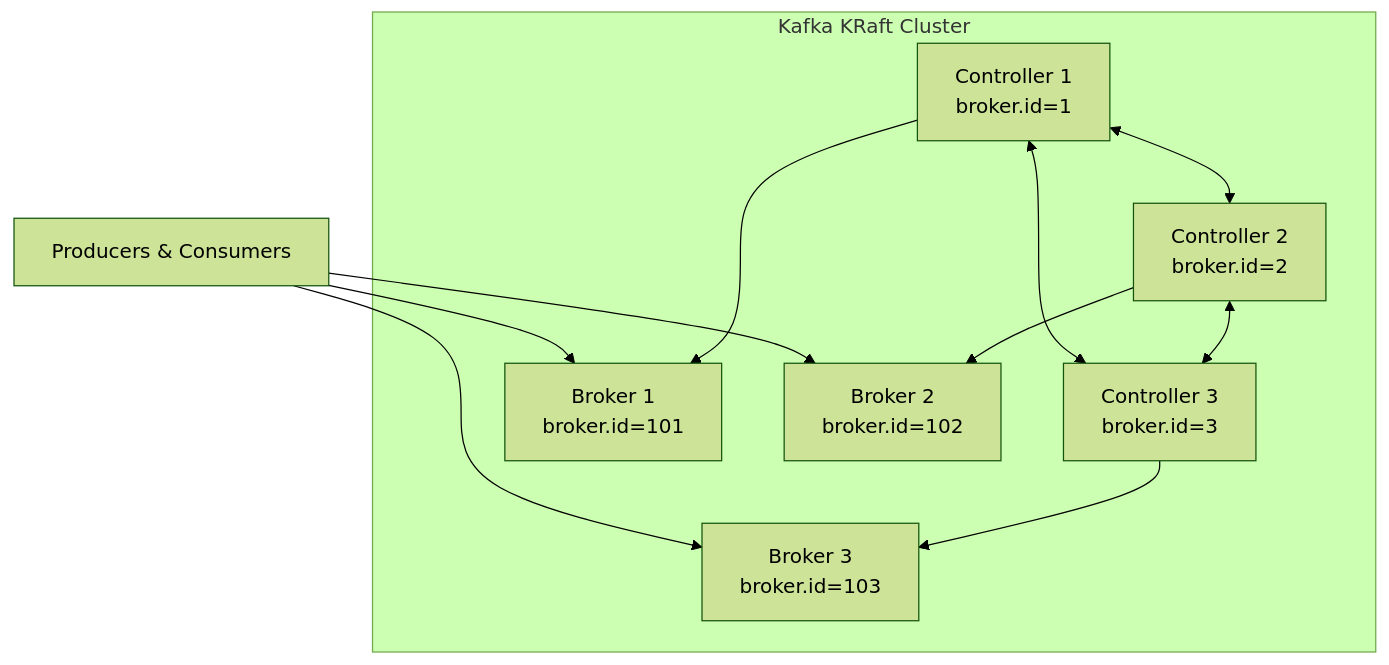
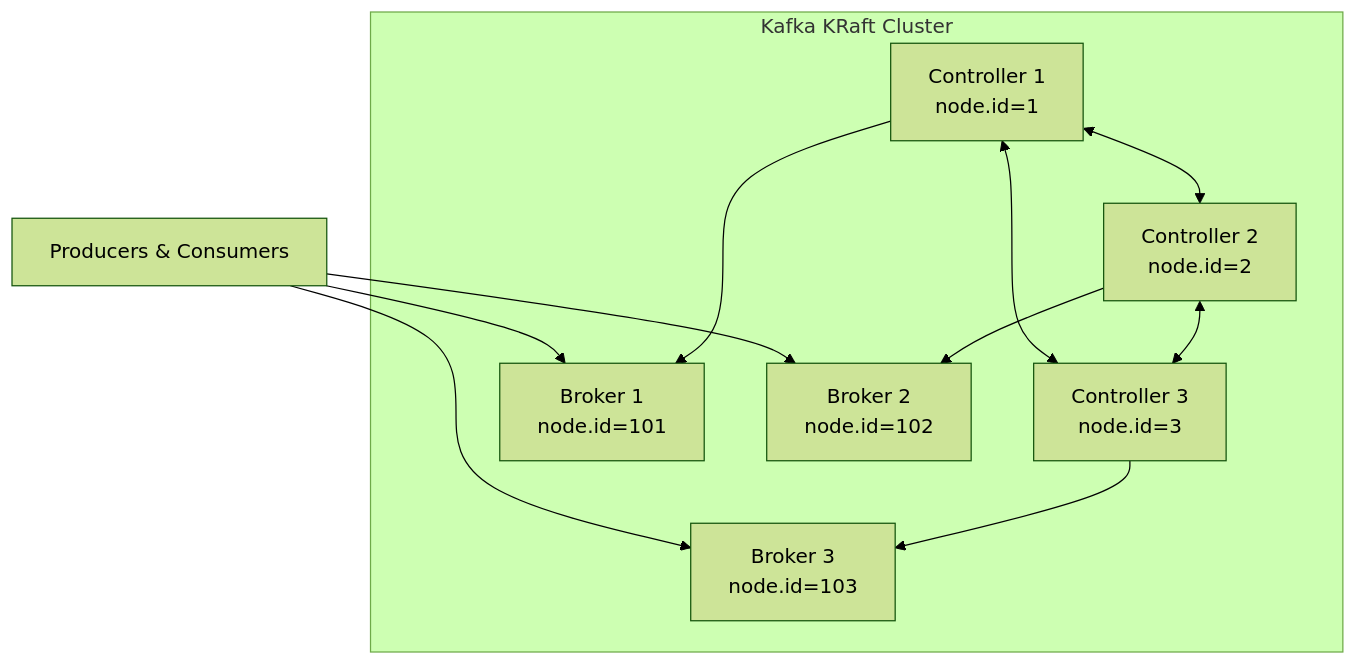
One commit to OneUptime/blog changed the diagram in posts/2026-01-25-deploy-production-kafka-cluster-kraft/README.md. Above: the diagram before and after it, drawn with Mermaid (forest theme). The commit also changed other lines of this file and 2 other files, not shown here.

````diff
--- a/posts/2026-01-25-deploy-production-kafka-cluster-kraft/README.md
+++ b/posts/2026-01-25-deploy-production-kafka-cluster-kraft/README.md
@@ -26,23 +26,23 @@
 ```mermaid
 graph TB
     subgraph "Kafka KRaft Cluster"
-        C1[Controller 1<br/>broker.id=1]
-        C2[Controller 2<br/>broker.id=2]
-        C3[Controller 3<br/>broker.id=3]
-        B1[Broker 1<br/>broker.id=101]
-        B2[Broker 2<br/>broker.id=102]
-        B3[Broker 3<br/>broker.id=103]
+        C1[Controller 1<br/>node.id=1]
+        C2[Controller 2<br/>node.id=2]
+        C3[Controller 3<br/>node.id=3]
+        B1[Broker 1<br/>node.id=101]
+        B2[Broker 2<br/>node.id=102]
+        B3[Broker 3<br/>node.id=103]
     end
 
     C1 <--> C2
     C2 <--> C3
     C3 <--> C1
 
     C1 --> B1
     C2 --> B2
     C3 --> B3
 
     Client[Producers & Consumers] --> B1
     Client --> B2
     Client --> B3
 ```
````
